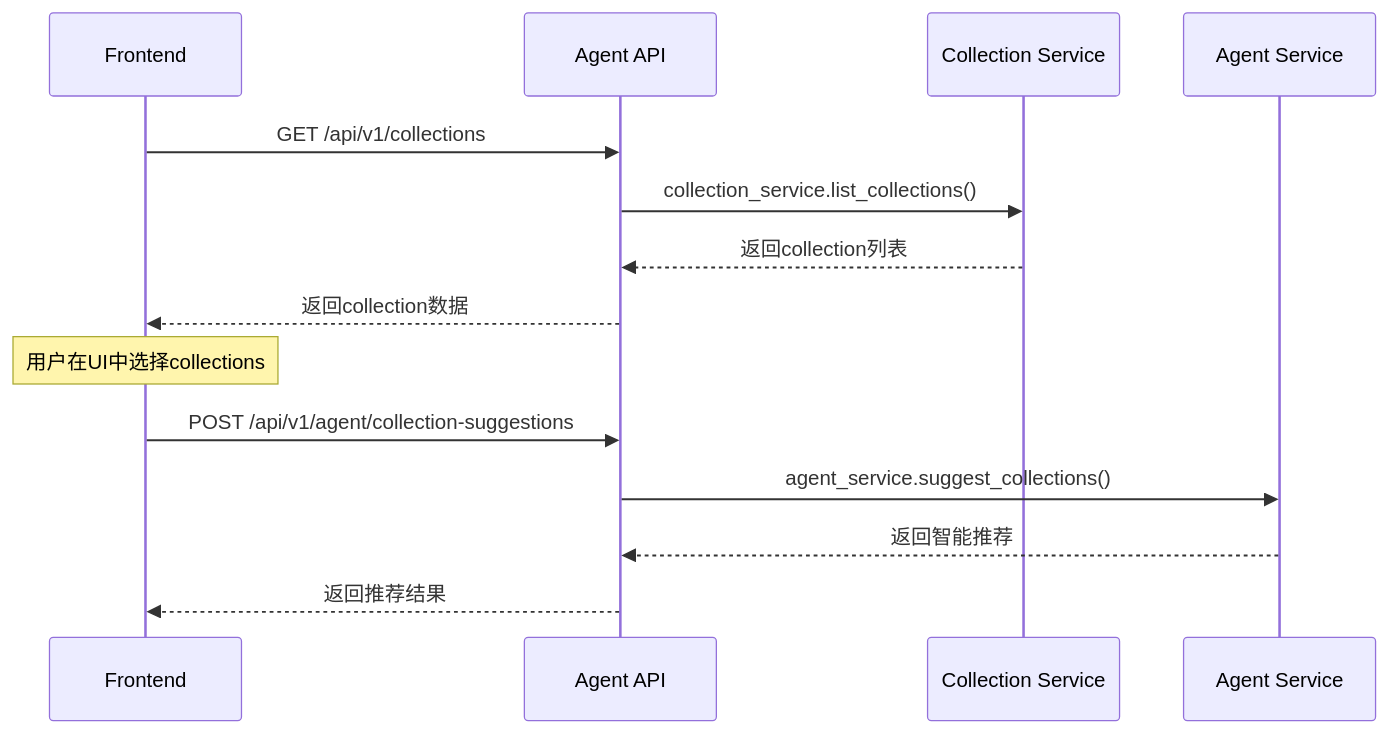
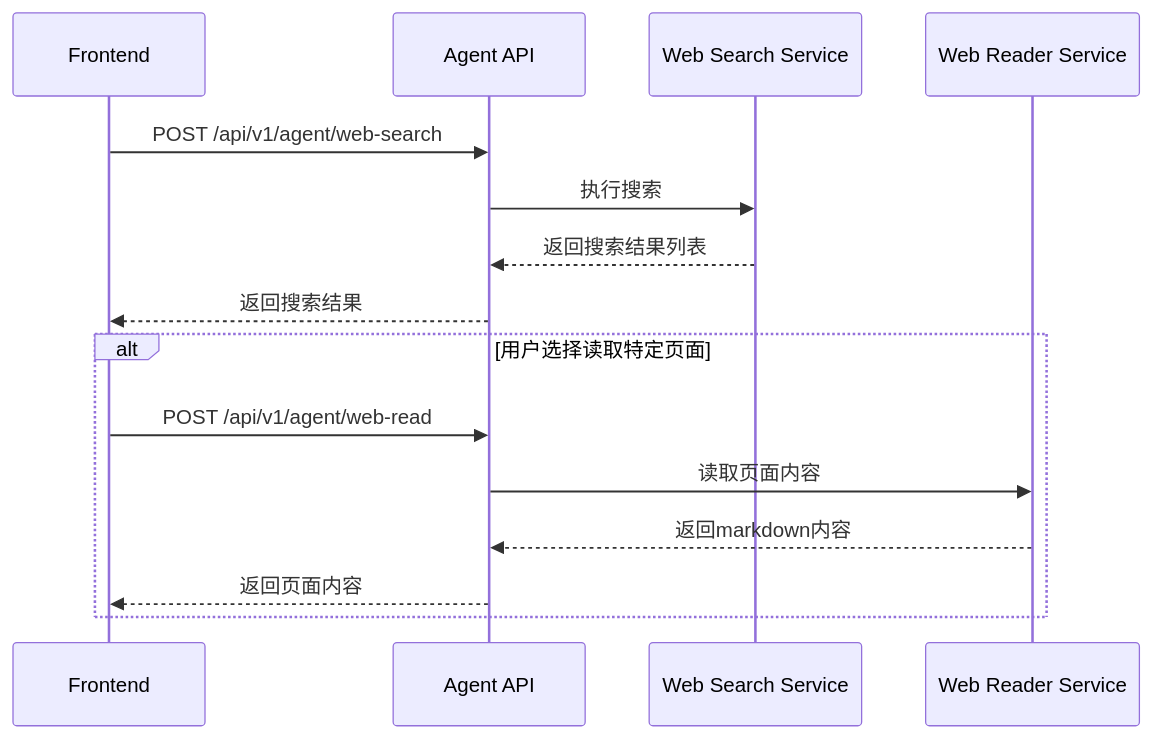
Before and after one commit to apecloud/ApeRAG: the third of 3 diagrams in docs/design/agent-backend-zh.md, drawn with Mermaid. The commit also changed other lines of this file, not shown here.

````diff
--- a/docs/design/agent-backend-zh.md
+++ b/docs/design/agent-backend-zh.md
@@ -357,19 +341,19 @@
 ```mermaid
 sequenceDiagram
     participant F as Frontend
     participant A as Agent API
-    participant CS as Collection Service
-    participant S as Agent Service
+    participant WS as Web Search Service
+    participant WR as Web Reader Service
     
-    F->>A: GET /api/v1/collections
-    A->>CS: collection_service.list_collections()
-    CS-->>A: 返回collection列表
-    A-->>F: 返回collection数据
+    F->>A: POST /api/v1/agent/web-search
+    A->>WS: 执行搜索
+    WS-->>A: 返回搜索结果列表
+    A-->>F: 返回搜索结果
     
-    Note over F: 用户在UI中选择collections
-    
-    F->>A: POST /api/v1/agent/collection-suggestions
-    A->>S: agent_service.suggest_collections()
-    S-->>A: 返回智能推荐
-    A-->>F: 返回推荐结果
+    alt 用户选择读取特定页面
+        F->>A: POST /api/v1/agent/web-read
+        A->>WR: 读取页面内容
+        WR-->>A: 返回markdown内容
+        A-->>F: 返回页面内容
+    end
 ```
````
